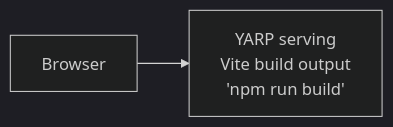
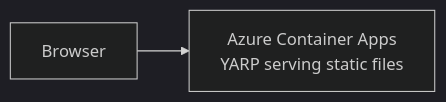
Before and after one commit to EmmittJ/pulumi-aspire: the second of 2 diagrams in samples/vite-yarp-static/README.md, drawn with Mermaid (dark theme). The commit also changed other lines of this file and 14 other files, not shown here.

````diff
--- a/samples/vite-yarp-static/README.md
+++ b/samples/vite-yarp-static/README.md
@@ -15,4 +15,4 @@
 ```mermaid
 flowchart LR
-    Browser --> YARP[YARP serving<br/>Vite build output<br/>'npm run build']
+    Browser --> ACA[Azure Container Apps<br/>YARP serving static files]
 ```
````
